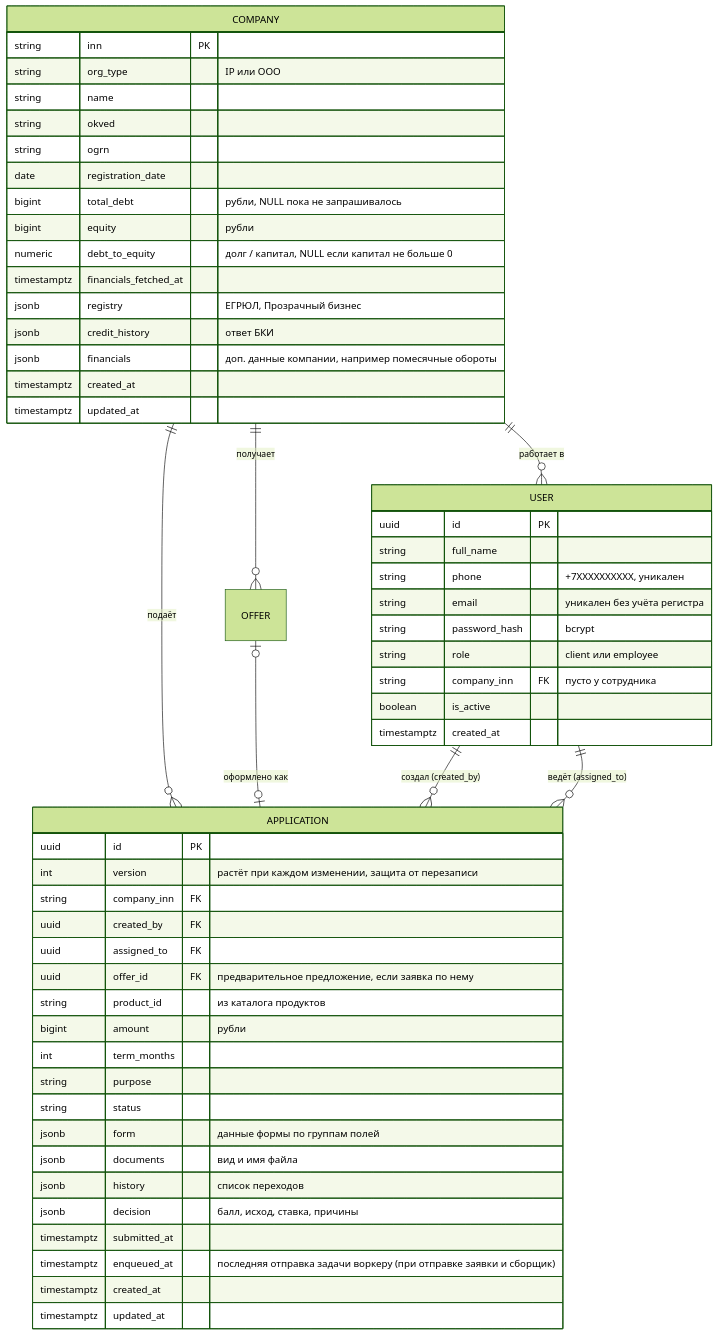
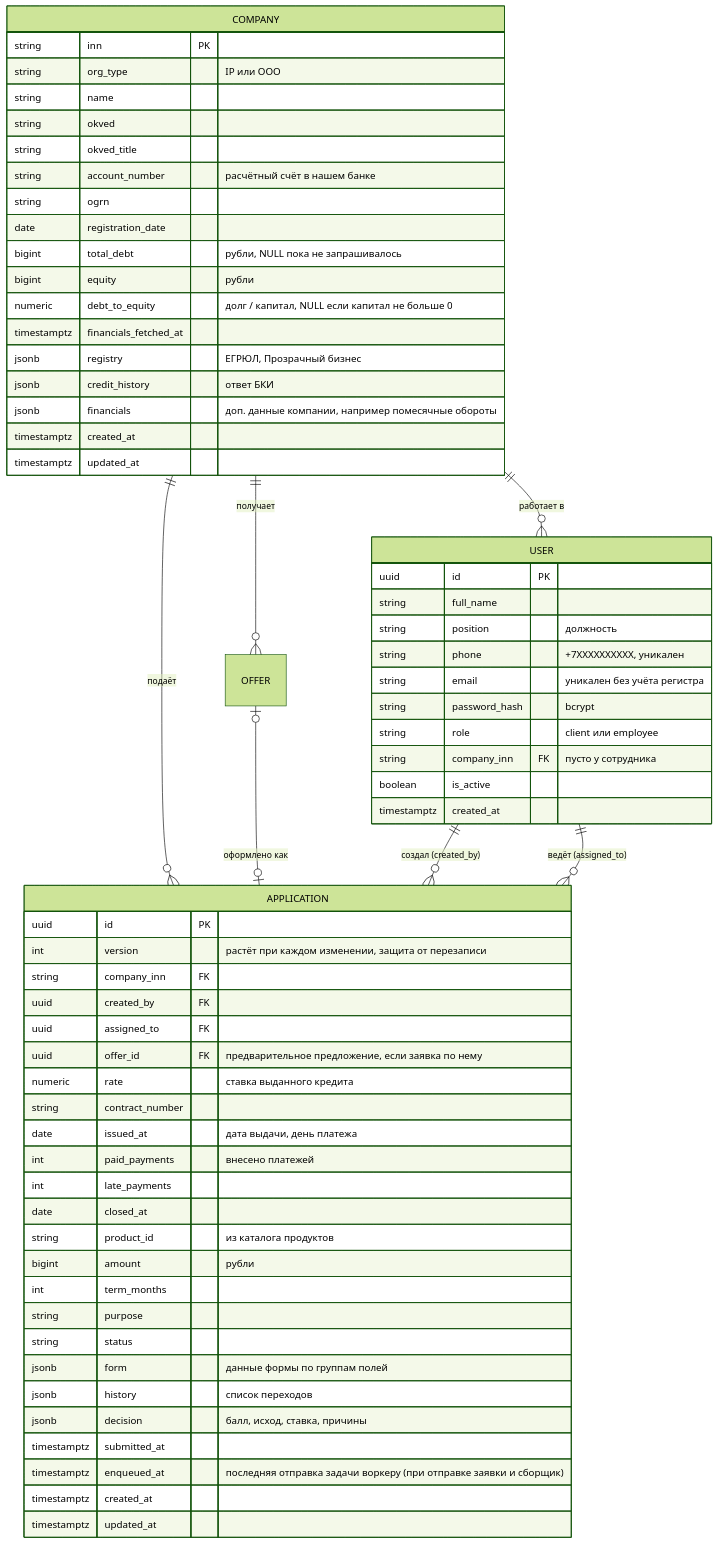
One commit to rudast/alpha-hack-2026 changed the diagram in docs/data-model.md. Above: the diagram before and after it, drawn with Mermaid (forest theme). The commit also changed other lines of this file and 45 other files, not shown here.

````diff
--- a/docs/data-model.md
+++ b/docs/data-model.md
@@ -6,59 +6,67 @@
 ```mermaid
 erDiagram
     COMPANY ||--o{ USER : "работает в"
     COMPANY ||--o{ APPLICATION : "подаёт"
     COMPANY ||--o{ OFFER : "получает"
     OFFER |o--o| APPLICATION : "оформлено как"
     USER ||--o{ APPLICATION : "создал (created_by)"
     USER ||--o{ APPLICATION : "ведёт (assigned_to)"
 
     COMPANY {
         string inn PK
         string org_type "IP или OOO"
         string name
         string okved
+        string okved_title
+        string account_number "расчётный счёт в нашем банке"
         string ogrn
         date registration_date
         bigint total_debt "рубли, NULL пока не запрашивалось"
         bigint equity "рубли"
         numeric debt_to_equity "долг / капитал, NULL если капитал не больше 0"
         timestamptz financials_fetched_at
         jsonb registry "ЕГРЮЛ, Прозрачный бизнес"
         jsonb credit_history "ответ БКИ"
         jsonb financials "доп. данные компании, например помесячные обороты"
         timestamptz created_at
         timestamptz updated_at
     }
     USER {
         uuid id PK
         string full_name
+        string position "должность"
         string phone "+7XXXXXXXXXX, уникален"
         string email "уникален без учёта регистра"
         string password_hash "bcrypt"
         string role "client или employee"
         string company_inn FK "пусто у сотрудника"
         boolean is_active
         timestamptz created_at
     }
     APPLICATION {
         uuid id PK
         int version "растёт при каждом изменении, защита от перезаписи"
         string company_inn FK
         uuid created_by FK
         uuid assigned_to FK
         uuid offer_id FK "предварительное предложение, если заявка по нему"
+        numeric rate "ставка выданного кредита"
+        string contract_number
+        date issued_at "дата выдачи, день платежа"
+        int paid_payments "внесено платежей"
+        int late_payments
+        date closed_at
         string product_id "из каталога продуктов"
         bigint amount "рубли"
         int term_months
         string purpose
         string status
         jsonb form "данные формы по группам полей"
-        jsonb documents "вид и имя файла"
         jsonb history "список переходов"
         jsonb decision "балл, исход, ставка, причины"
         timestamptz submitted_at
         timestamptz enqueued_at "последняя отправка задачи воркеру (при отправке заявки и сборщик)"
         timestamptz created_at
         timestamptz updated_at
     }
 ```
````
